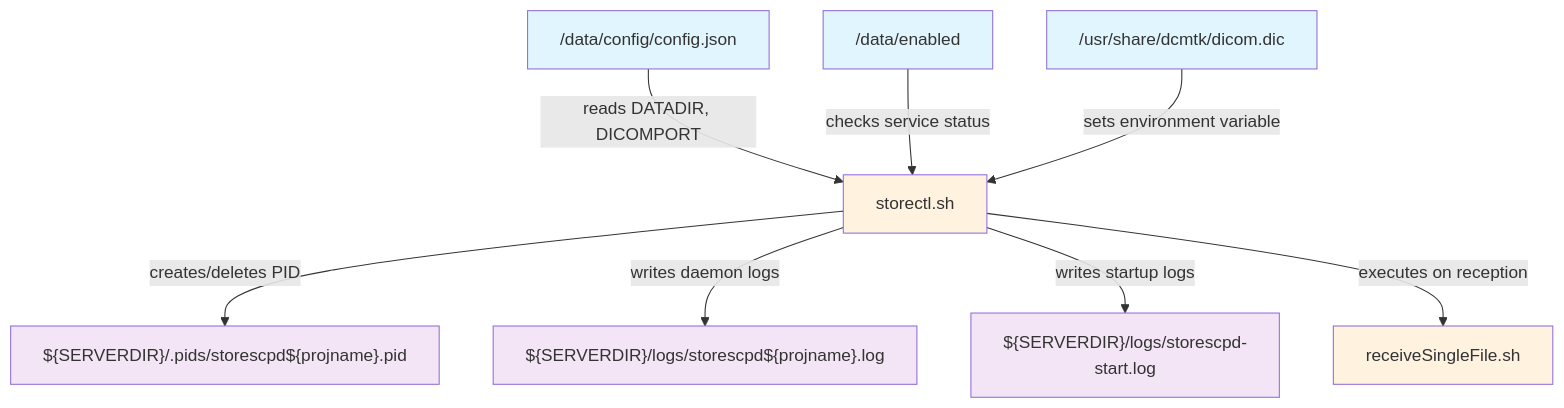
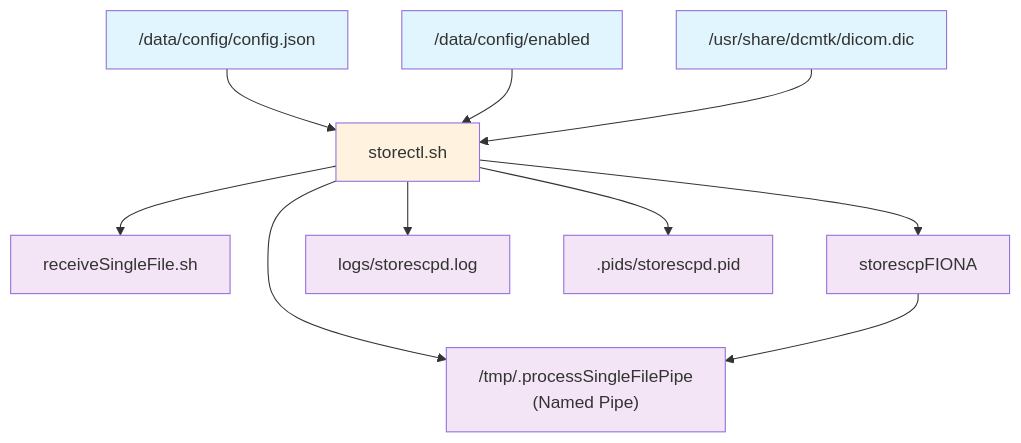
One commit to mmiv-center/FionaDocs changed the first of 2 diagrams in docs/source/Architecture/scripts/storectl.rst. Above: the diagram before and after it, drawn with Mermaid. The commit also changed other lines of this file and 28 other files, not shown here.

```diff
--- a/docs/source/Architecture/scripts/storectl.rst
+++ b/docs/source/Architecture/scripts/storectl.rst
@@ -26,31 +9,31 @@
 .. mermaid::
-   
+
    flowchart TD
-   config["/data/config/config.json"]
-   enabled["/data/enabled"]
-   dict["/usr/share/dcmtk/dicom.dic"]
+    A["storectl.sh"]:::mainScript
+    B["/data/config/config.json"]:::inputFile
+    C["/data/config/enabled"]:::inputFile
+    D["/usr/share/dcmtk/dicom.dic"]:::inputFile
+    E["receiveSingleFile.sh"]:::outputFile
+    F["storescpFIONA"]:::outputFile
+    G["/tmp/.processSingleFilePipe<br>(Named Pipe)"]:::outputFile
+    H["logs/storescpd.log"]:::outputFile
+    I[".pids/storescpd.pid"]:::outputFile
     
-   storectl["storectl.sh"]
-   receiveSingle["receiveSingleFile.sh"]
+    B --> A
+    C --> A
+    D --> A
+    A --> F
+    A --> E
+    A --> G
+    A --> H
+    A --> I
+    F --> G
+
+    %% Styling
+    classDef inputFile fill:#e1f5fe
+    classDef outputFile fill:#f3e5f5
+    classDef mainScript fill:#fff3e0
     
-   pidFile["${SERVERDIR}/.pids/storescpd${projname}.pid"]
-   logFile["${SERVERDIR}/logs/storescpd${projname}.log"]
-   startLog["${SERVERDIR}/logs/storescpd-start.log"]
-    
-   config -->|"reads DATADIR, DICOMPORT"| storectl
-   enabled -->|"checks service status"| storectl
-   dict -->|"sets environment variable"| storectl
-    
-   storectl -->|"creates/deletes PID"| pidFile
-   storectl -->|"writes daemon logs"| logFile
-   storectl -->|"writes startup logs"| startLog
-   storectl -->|"executes on reception"| receiveSingle
-    
-   %% Styling
-   classDef inputFile fill:#e1f5fe
-   classDef outputFile fill:#f3e5f5
-   classDef mainScript fill:#fff3e0
-    
-   class config,enabled,dict inputFile
-   class pidFile,logFile,startLog outputFile
-   class storectl,receiveSingle mainScript
+    class B,C,D inputFile
+    class E,F,G,H,I outputFile
+    class A mainScript
```
